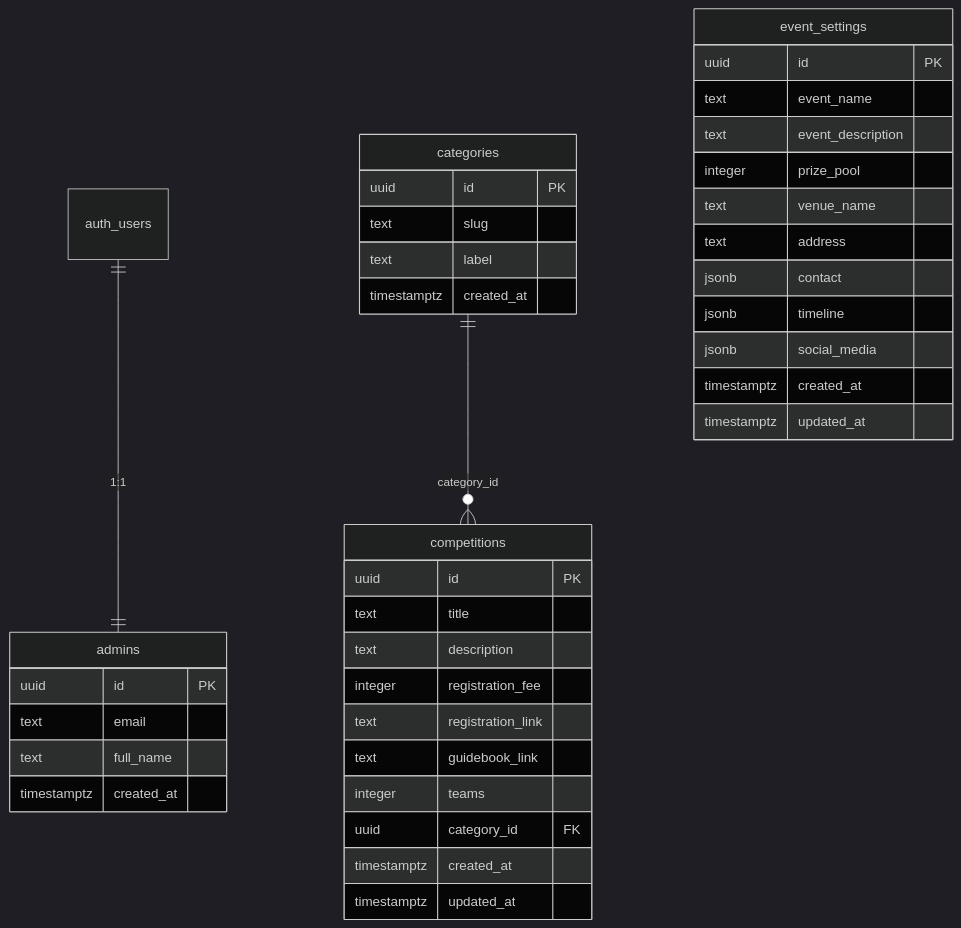
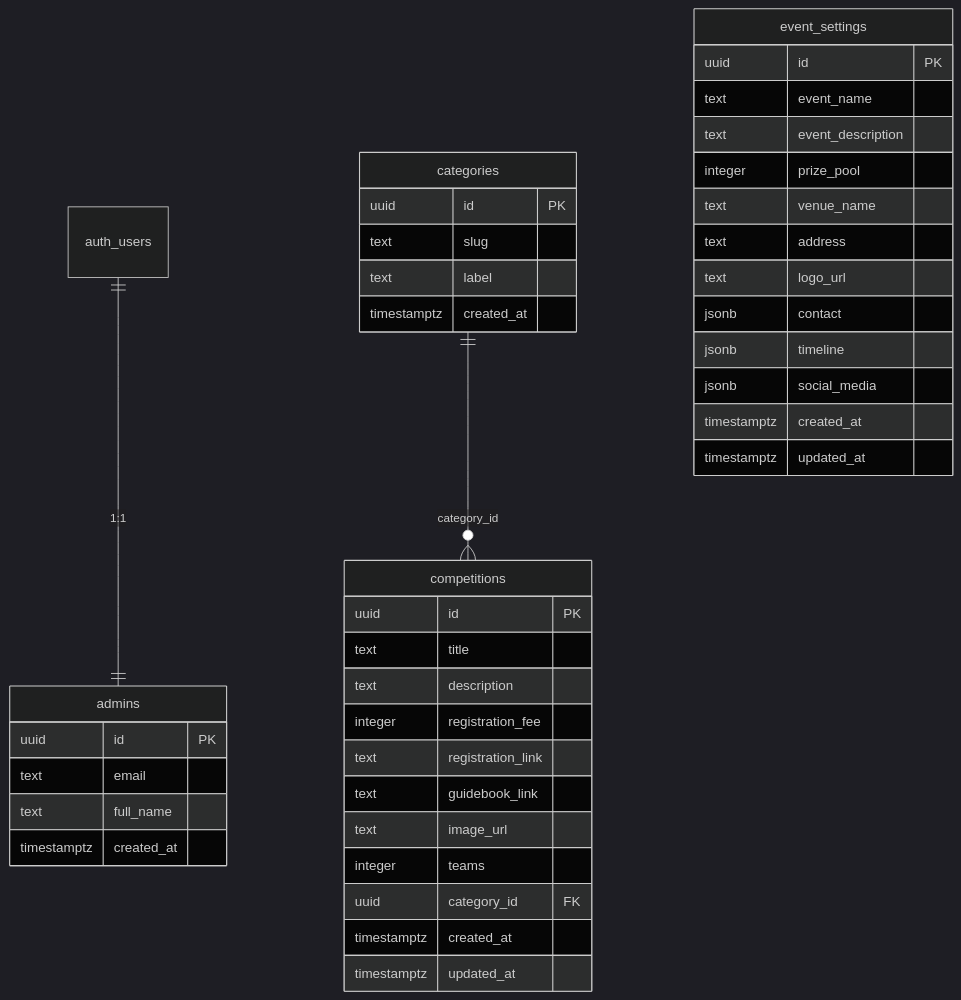
The diagram in docs/ERD.md (DzahwanMalik/fastoria), drawn with Mermaid (dark theme) before and after one commit. The commit also changed other lines of this file and 36 other files, not shown here.

````diff
--- a/docs/ERD.md
+++ b/docs/ERD.md
@@ -21,43 +23,45 @@
 ```mermaid
 erDiagram
     auth_users ||--|| admins : "1:1"
     categories ||--o{ competitions : "category_id"
 
     admins {
         uuid id PK
         text email
         text full_name
         timestamptz created_at
     }
     categories {
         uuid id PK
         text slug
         text label
         timestamptz created_at
     }
     competitions {
         uuid id PK
         text title
         text description
         integer registration_fee
         text registration_link
         text guidebook_link
+        text image_url
         integer teams
         uuid category_id FK
         timestamptz created_at
         timestamptz updated_at
     }
     event_settings {
         uuid id PK
         text event_name
         text event_description
         integer prize_pool
         text venue_name
         text address
+        text logo_url
         jsonb contact
         jsonb timeline
         jsonb social_media
         timestamptz created_at
         timestamptz updated_at
     }
 ```
````
